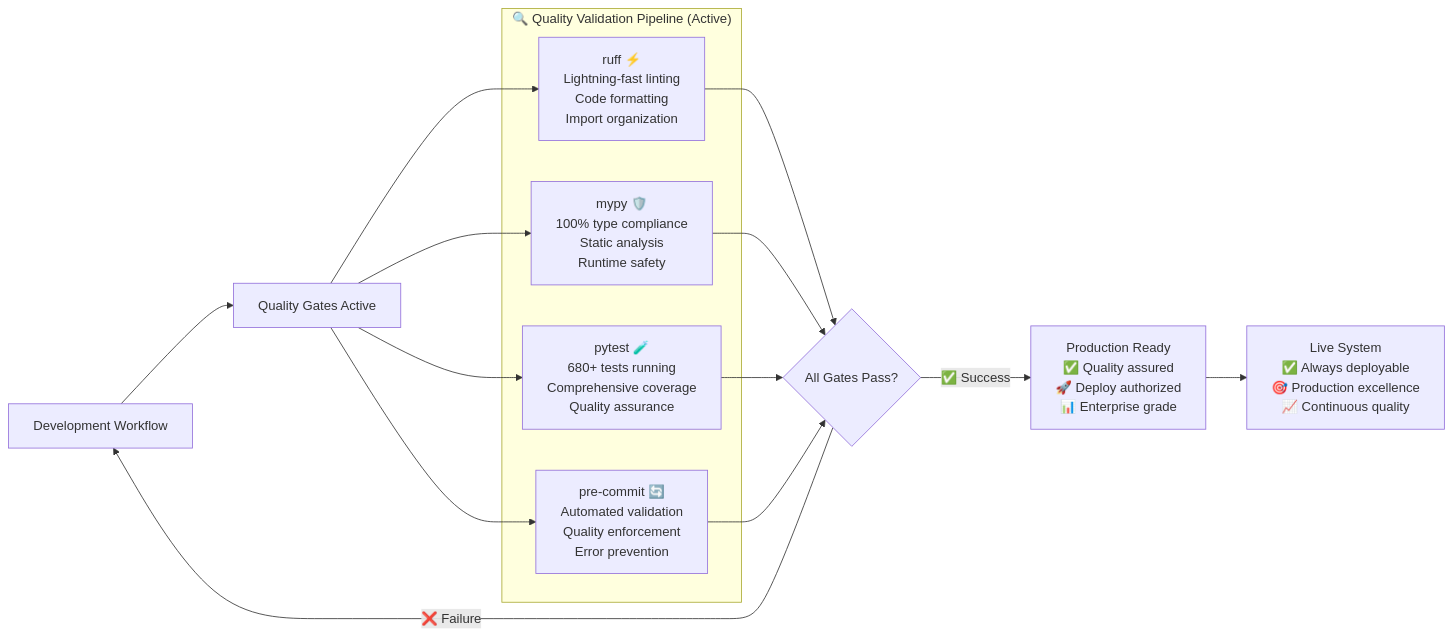
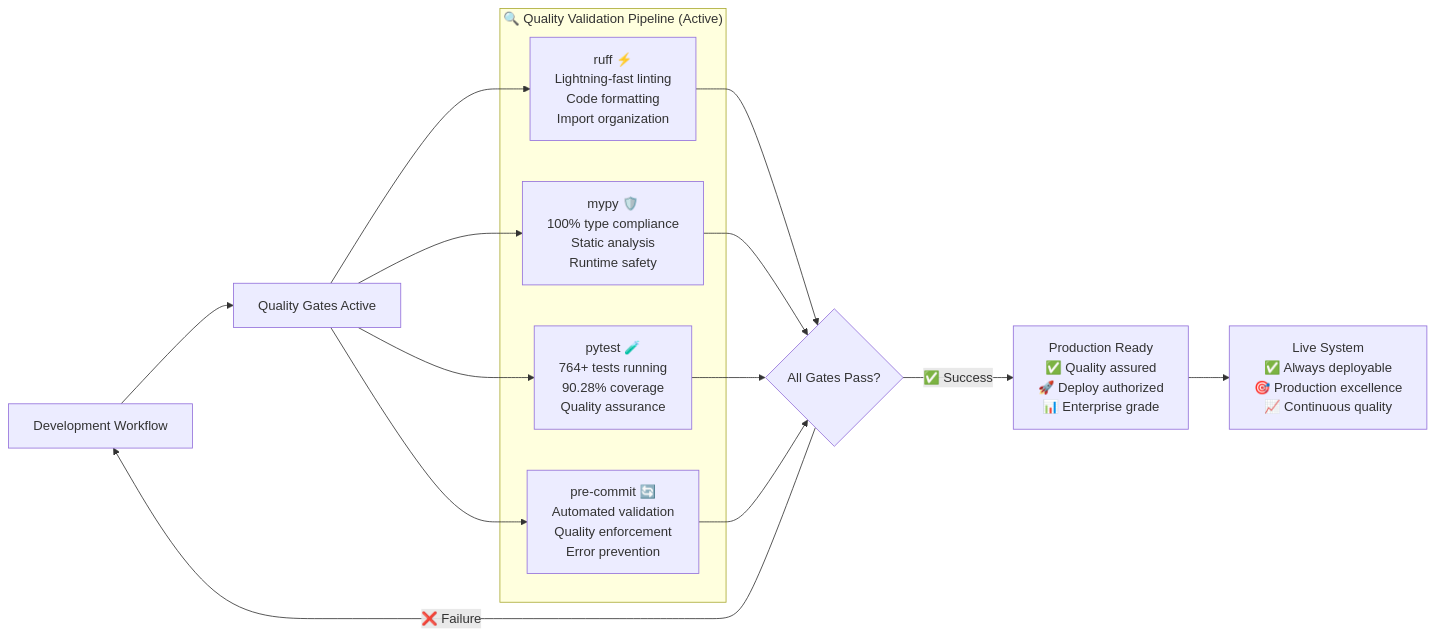
Before and after one commit to EduuardoPerez/financial-statement-processor: the ninth of 13 diagrams in memory-bank/progress.md, drawn with Mermaid. The commit also changed other lines of this file and 20 other files, not shown here.

````diff
--- a/memory-bank/progress.md
+++ b/memory-bank/progress.md
@@ -268,29 +268,29 @@
 ```mermaid
 flowchart LR
     DEVELOPMENT["Development Workflow"] --> QUALITY_GATES["Quality Gates Active"]
 
     subgraph "🔍 Quality Validation Pipeline (Active)"
         RUFF_GATE["ruff ⚡<br/>Lightning-fast linting<br/>Code formatting<br/>Import organization"]
 
         MYPY_GATE["mypy 🛡️<br/>100% type compliance<br/>Static analysis<br/>Runtime safety"]
 
-        PYTEST_GATE["pytest 🧪<br/>680+ tests running<br/>Comprehensive coverage<br/>Quality assurance"]
+        PYTEST_GATE["pytest 🧪<br/>764+ tests running<br/>90.28% coverage<br/>Quality assurance"]
 
         PRECOMMIT_GATE["pre-commit 🔄<br/>Automated validation<br/>Quality enforcement<br/>Error prevention"]
     end
 
     QUALITY_GATES --> RUFF_GATE
     QUALITY_GATES --> MYPY_GATE
     QUALITY_GATES --> PYTEST_GATE
     QUALITY_GATES --> PRECOMMIT_GATE
 
     RUFF_GATE --> VALIDATION{All Gates Pass?}
     MYPY_GATE --> VALIDATION
     PYTEST_GATE --> VALIDATION
     PRECOMMIT_GATE --> VALIDATION
 
     VALIDATION -->|✅ Success| PRODUCTION_READY["Production Ready<br/>✅ Quality assured<br/>🚀 Deploy authorized<br/>📊 Enterprise grade"]
     VALIDATION -->|❌ Failure| DEVELOPMENT
 
     PRODUCTION_READY --> LIVE_SYSTEM["Live System<br/>✅ Always deployable<br/>🎯 Production excellence<br/>📈 Continuous quality"]
 ```
````
